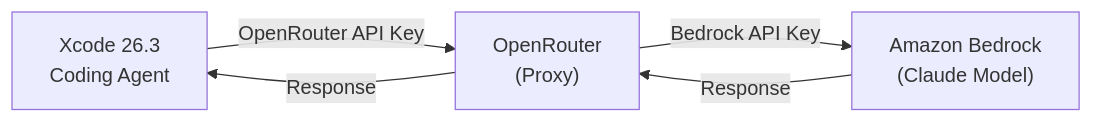
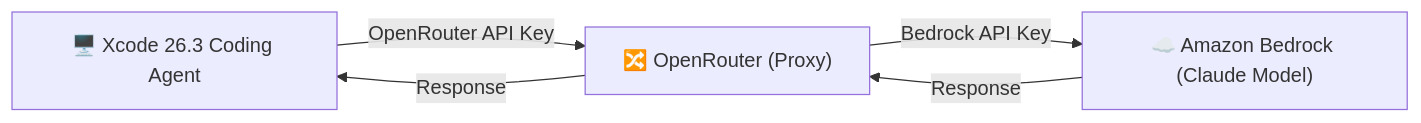
Before and after one commit to sebsto/www.stormacq.com: the diagram in _posts/2026-02-20-xcode-openrouter-bedrock.markdown, drawn with Mermaid.

````diff
--- a/_posts/2026-02-20-xcode-openrouter-bedrock.markdown
+++ b/_posts/2026-02-20-xcode-openrouter-bedrock.markdown
@@ -30,7 +30,7 @@
 ```mermaid
 flowchart LR
-    A["Xcode 26.3\nCoding Agent"] -->|"OpenRouter API Key"| B["OpenRouter\n(Proxy)"]
-    B -->|"Bedrock API Key"| C["Amazon Bedrock\n(Claude Model)"]
+    A["🖥️ Xcode 26.3 Coding Agent"] -->|"OpenRouter API Key"| B["🔀 OpenRouter (Proxy)"]
+    B -->|"Bedrock API Key"| C["☁️ Amazon Bedrock (Claude Model)"]
     C -->|"Response"| B
     B -->|"Response"| A
 ```
````
